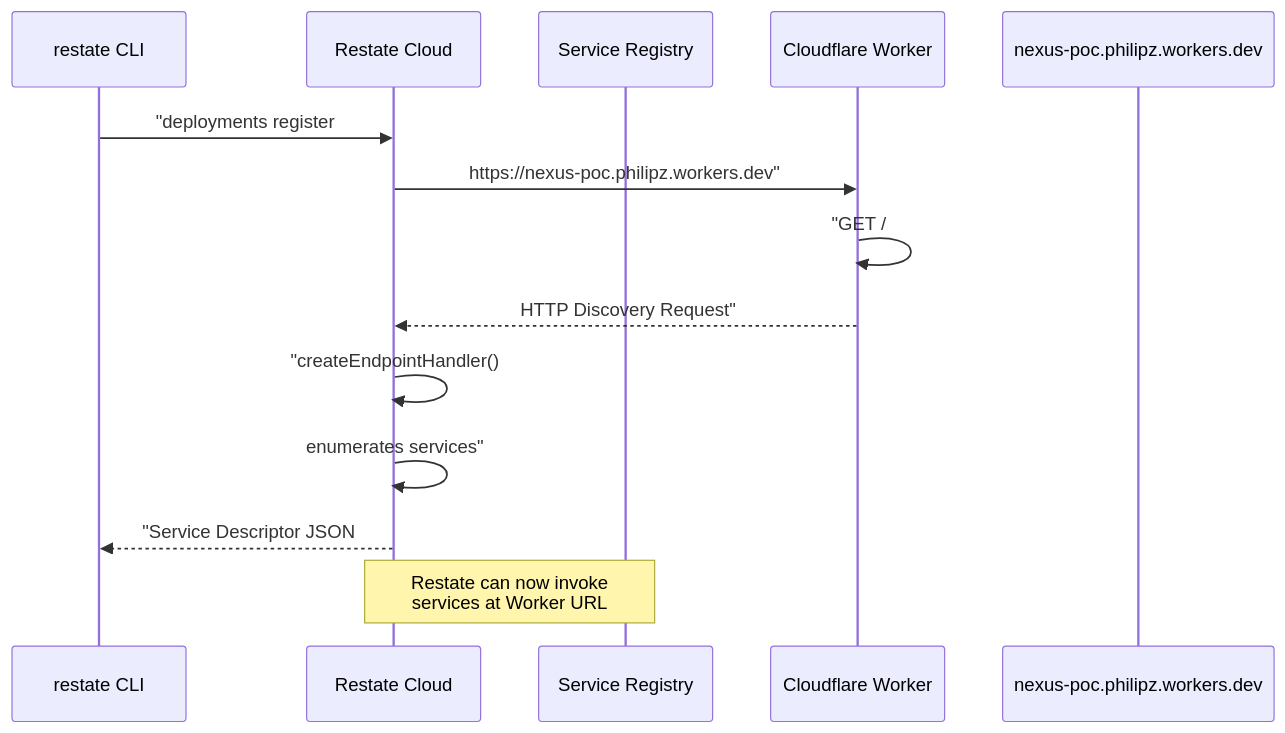
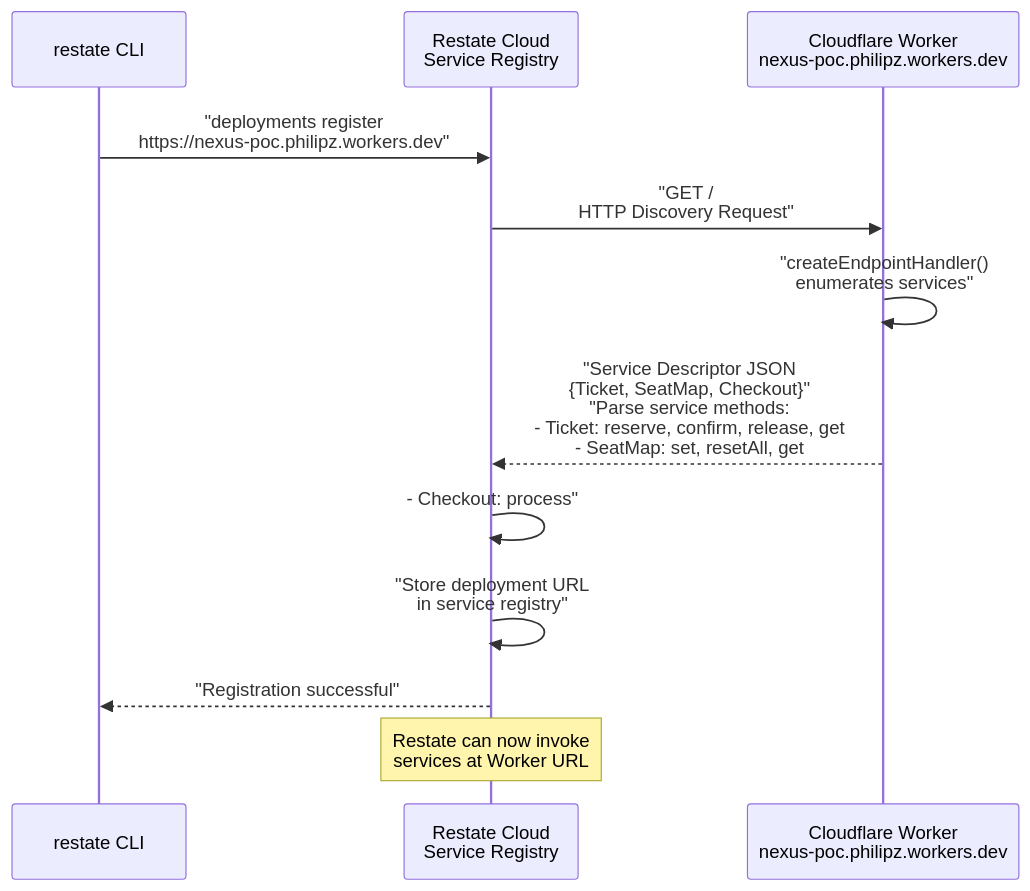
Before and after one commit to philipz/restate-cloudflare-workers-poc: the fifth of 6 diagrams in docs/deepwiki/Cloud-Deployment.md, drawn with Mermaid. The commit also changed other lines of this file and 18 other files, not shown here.

Commit message:
refactor: standardize mermaid diagram participant syntax across documentation files

````diff
--- a/docs/deepwiki/Cloud-Deployment.md
+++ b/docs/deepwiki/Cloud-Deployment.md
@@ -334,17 +334,15 @@
 ```mermaid
 sequenceDiagram
-  participant restate CLI
-  participant Restate Cloud
-  participant Service Registry
-  participant Cloudflare Worker
-  participant nexus-poc.philipz.workers.dev
+  participant p1 as restate CLI
+  participant p2 as Restate Cloud<br/>Service Registry
+  participant p3 as Cloudflare Worker<br/>nexus-poc.philipz.workers.dev
 
-  restate CLI->>Restate Cloud: "deployments register
-  Restate Cloud->>Cloudflare Worker: https://nexus-poc.philipz.workers.dev"
-  Cloudflare Worker->>Cloudflare Worker: "GET /
-  Cloudflare Worker-->>Restate Cloud: HTTP Discovery Request"
-  Restate Cloud->>Restate Cloud: "createEndpointHandler()
-  Restate Cloud->>Restate Cloud: enumerates services"
-  Restate Cloud-->>restate CLI: "Service Descriptor JSON
-  note over Restate Cloud,Service Registry: Restate can now invoke<br/>services at Worker URL
+  p1->>p2: "deployments register<br/>https://nexus-poc.philipz.workers.dev"
+  p2->>p3: "GET /<br/>HTTP Discovery Request"
+  p3->>p3: "createEndpointHandler()<br/>enumerates services"
+  p3-->>p2: "Service Descriptor JSON<br/>{Ticket, SeatMap, Checkout}"<br/>"Parse service methods:<br/>- Ticket: reserve, confirm, release, get<br/>- SeatMap: set, resetAll, get
+  p2->>p2: - Checkout: process"
+  p2->>p2: "Store deployment URL<br/>in service registry"
+  p2-->>p1: "Registration successful"
+  note over p2: Restate can now invoke<br/>services at Worker URL
 ```
````
